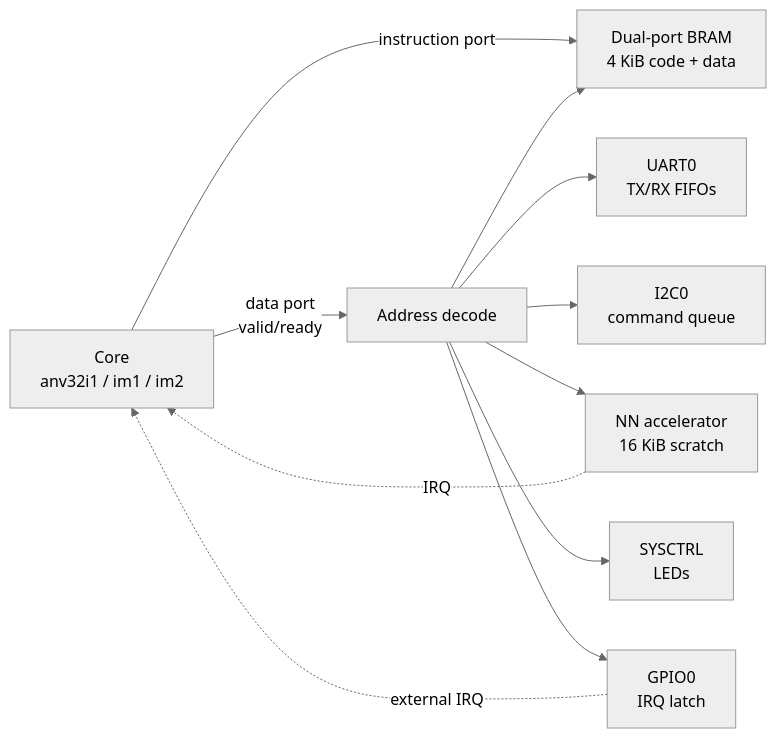
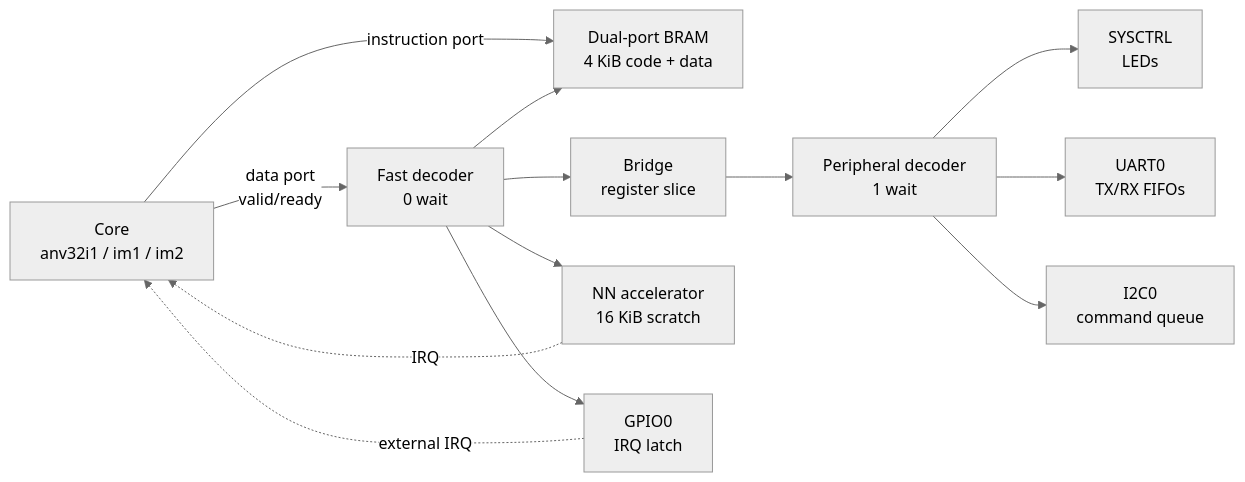
Before and after one commit to sonmezarda/anv32: the second of 2 diagrams in README.md, drawn with Mermaid (neutral theme). The commit also changed other lines of this file and 19 other files, not shown here.

First line of the commit message:
Add a two-tier valid/ready peripheral bus with atomic register aliases

````diff
--- a/README.md
+++ b/README.md
@@ -95,22 +95,25 @@
 ```mermaid
 flowchart LR
     core["Core<br/>anv32i1 / im1 / im2"]
     bram["Dual-port BRAM<br/>4 KiB code + data"]
-    dec["Address decode"]
+    dec["Fast decoder<br/>0 wait"]
+    bridge["Bridge<br/>register slice"]
+    pdec["Peripheral decoder<br/>1 wait"]
     uart["UART0<br/>TX/RX FIFOs"]
     i2c["I2C0<br/>command queue"]
     nn["NN accelerator<br/>16 KiB scratch"]
     sys["SYSCTRL<br/>LEDs"]
     gpio["GPIO0<br/>IRQ latch"]
 
     core -- "instruction port" --> bram
     core -- "data port<br/>valid/ready" --> dec
     dec --> bram
-    dec --> uart
-    dec --> i2c
     dec --> nn
-    dec --> sys
     dec --> gpio
+    dec --> bridge --> pdec
+    pdec --> sys
+    pdec --> uart
+    pdec --> i2c
     gpio -. "external IRQ" .-> core
     nn -. "IRQ" .-> core
 ```
````
